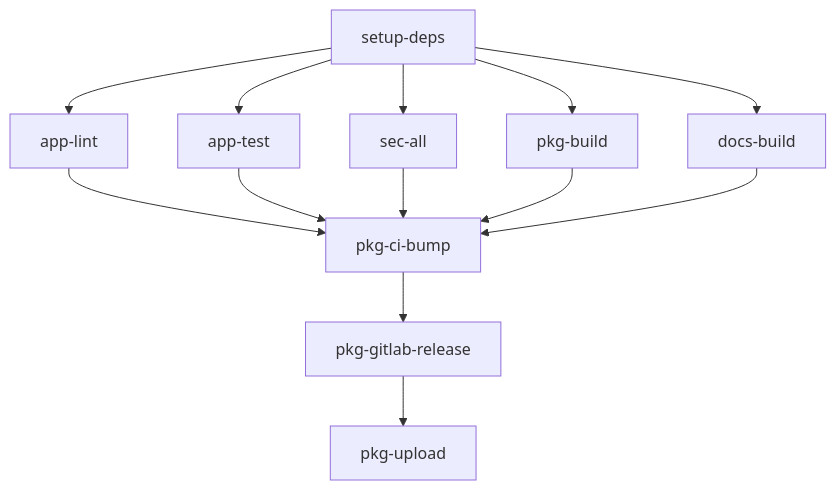
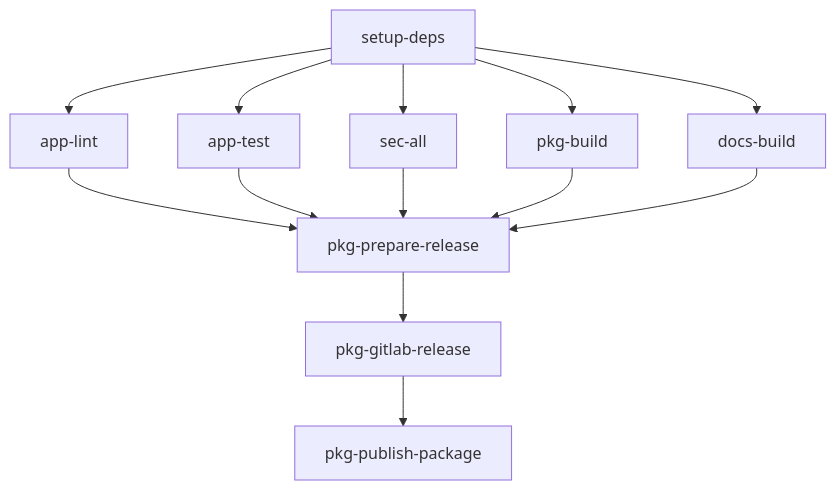
Before and after one commit to waewoo/prompt-unifier: the second of 3 diagrams in DEVELOPMENT.md, drawn with Mermaid. The commit also changed other lines of this file and 4 other files, not shown here.

````diff
--- a/DEVELOPMENT.md
+++ b/DEVELOPMENT.md
@@ -265,17 +265,17 @@
 ```mermaid
 graph TD
     setup_deps[setup-deps] --> app_lint[app-lint]
     setup_deps --> app_test[app-test]
     setup_deps --> sec_all[sec-all]
     setup_deps --> pkg_build[pkg-build]
     setup_deps --> docs_build[docs-build]
 
     app_lint --> pkg_ci_bump
     app_test --> pkg_ci_bump
     sec_all --> pkg_ci_bump
     pkg_build --> pkg_ci_bump
     docs_build --> pkg_ci_bump
 
-    pkg_ci_bump[pkg-ci-bump] --> pkg_gitlab_release[pkg-gitlab-release]
-    pkg_gitlab_release --> pkg_upload[pkg-upload]
+    pkg_ci_bump[pkg-prepare-release] --> pkg_gitlab_release[pkg-gitlab-release]
+    pkg_gitlab_release --> pkg_upload[pkg-publish-package]
 ```
````
